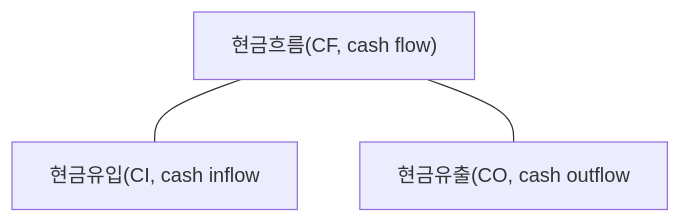
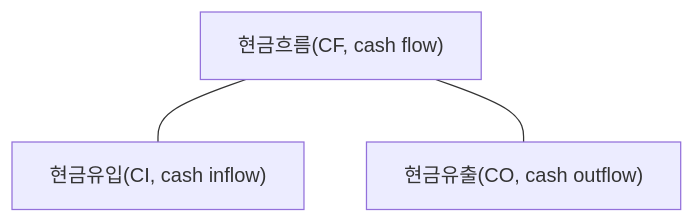
Diagram 13 of 13 in 1002경영과학.qmd (yeonkyupark/pepc2e), drawn with Mermaid before and after one commit. The commit also changed other lines of this file, not shown here.

````diff
--- a/1002경영과학.qmd
+++ b/1002경영과학.qmd
@@ -1338,9 +1286,9 @@
 ```{mermaid}
 flowchart TB
-01["현금흐름(CF, cash flow)"]
-11["현금유입(CI, cash inflow"]
-12["현금유출(CO, cash outflow"]
+    01["현금흐름(CF, cash flow)"]
+    11["현금유입(CI, cash inflow)"]
+    12["현금유출(CO, cash outflow)"]
 
-01 --- 11 & 12
+    01 --- 11 & 12
 
 ```
````
